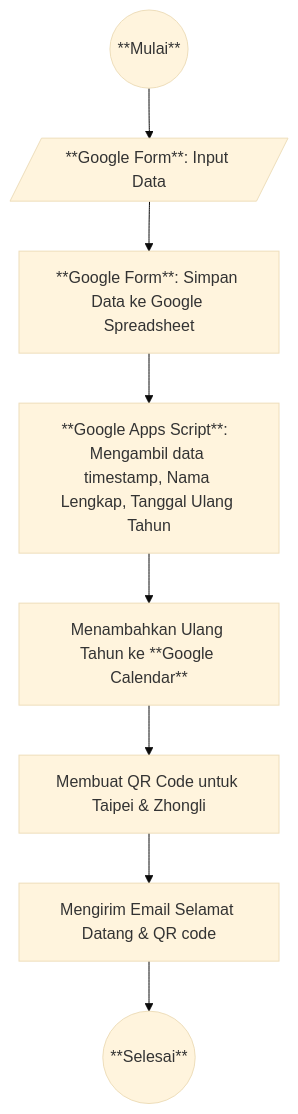
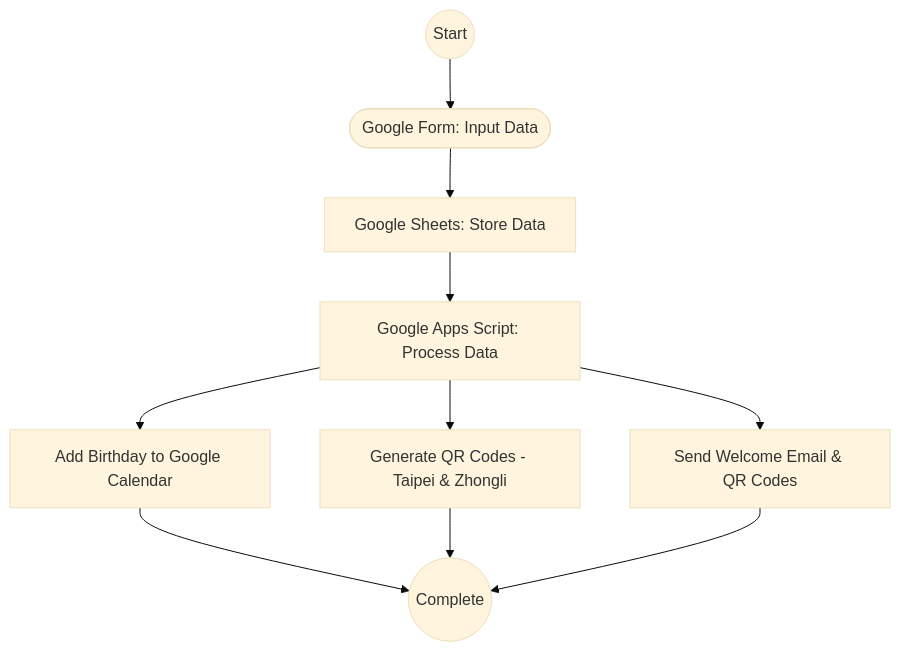
The second of 3 diagrams in README.md (ijosh-ch/church-member-management), drawn with Mermaid (base theme) before and after one commit. The commit also changed other lines of this file and 8 other files, not shown here.

````diff
--- a/README.md
+++ b/README.md
@@ -53,10 +132,12 @@
 ```mermaid
 flowchart TD
-    A((**Mulai**)) --> B[/**Google Form**: Input Data/]
-    B --> C[**Google Form**: Simpan Data ke Google Spreadsheet]
-    C --> D[**Google Apps Script**:  Mengambil data timestamp, Nama Lengkap, Tanggal Ulang Tahun]
-    D --> E[Menambahkan Ulang Tahun ke **Google Calendar**]
-    E --> F[Membuat QR Code untuk Taipei & Zhongli]
-    F --> G[Mengirim Email Selamat Datang & QR code]
-    G --> H((**Selesai**))
+    A((Start)) --> B([Google Form: Input Data])
+    B --> C[Google Sheets: Store Data]
+    C --> D[Google Apps Script: Process Data]
+    D --> E[Add Birthday to Google Calendar]
+    D --> F[Generate QR Codes - Taipei & Zhongli]
+    D --> G[Send Welcome Email & QR Codes]
+    E --> H((Complete))
+    F --> H
+    G --> H
 ```
````
